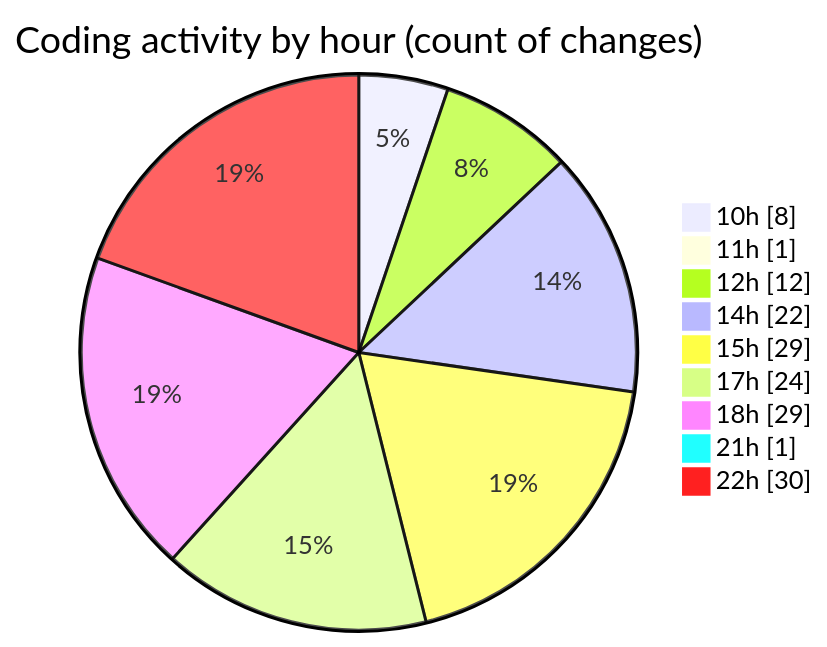
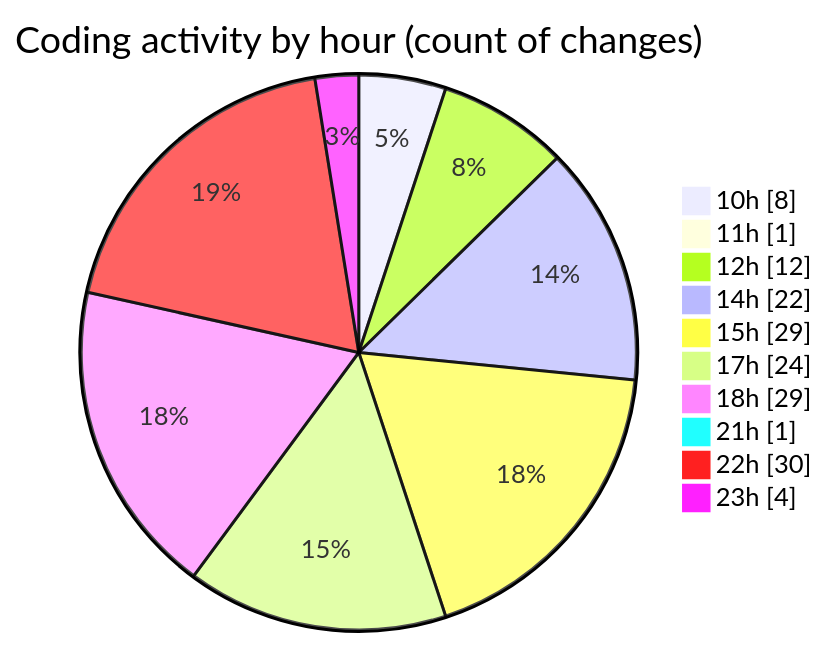
Before and after one commit to momahboobian/code-tracking: the second of 2 diagrams in 2025-07-31/cda/README.md, drawn with Mermaid. The commit also changed other lines of this file and 1 other file, not shown here.

````diff
--- a/2025-07-31/cda/README.md
+++ b/2025-07-31/cda/README.md
@@ -41,13 +41,14 @@
 ```mermaid
 pie showData
 title Coding activity by hour (count of changes)
 "10h" : 8
 "11h" : 1
 "12h" : 12
 "14h" : 22
 "15h" : 29
 "17h" : 24
 "18h" : 29
 "21h" : 1
 "22h" : 30
+"23h" : 4
 ```
````
